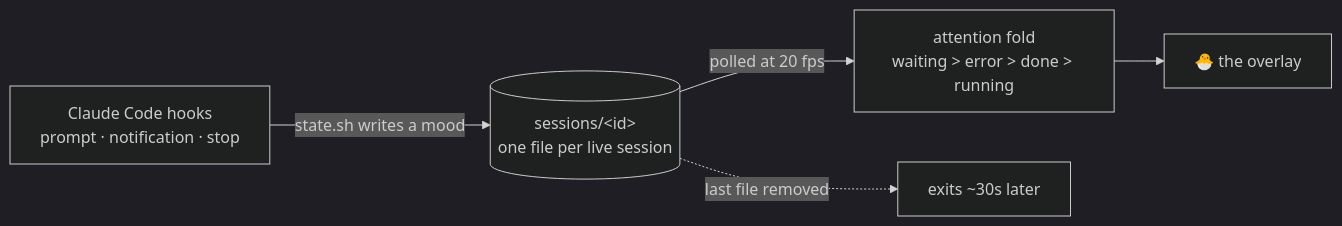
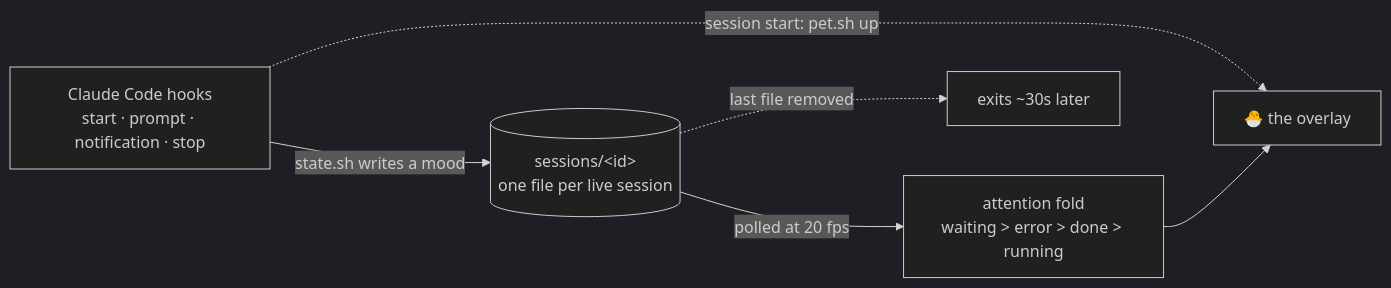
The diagram in README.md (zexion7873/perchling), drawn with Mermaid (dark theme) before and after one commit.

Commit message:
docs: draw how the overlay is born, not only how it dies
The How-it-works diagram routed every arrow through state.sh and ended with
"last file removed → exits", so a reader came away believing the pet is
summoned by writing a mood file. It is not: SessionStart runs pet.sh up, which
never touches state.sh, and nothing in the picture said so. The launch is now
a dashed arrow from the hooks straight to the overlay, the mirror of the
dashed exit, and the hooks box lists "start" beside the three events it
already named.

Rendered with mermaid 11 before committing; the arc lays over the top of the
graph and every label survives as text.

````diff
--- a/README.md
+++ b/README.md
@@ -267,13 +267,14 @@
 ```mermaid
 flowchart LR
-    Hooks["Claude Code hooks<br/>prompt · notification · stop"]
+    Hooks["Claude Code hooks<br/>start · prompt · notification · stop"]
     Files[("sessions/&lt;id&gt;<br/>one file per live session")]
     Fold["attention fold<br/>waiting &gt; error &gt; done &gt; running"]
     Pet["🐣 the overlay"]
     Exit["exits ~30s later"]
 
+    Hooks -.->|"session start: pet.sh up"| Pet
     Hooks -->|"state.sh writes a mood"| Files
     Files -->|"polled at 20 fps"| Fold
     Fold --> Pet
     Files -.->|"last file removed"| Exit
 ```
````
